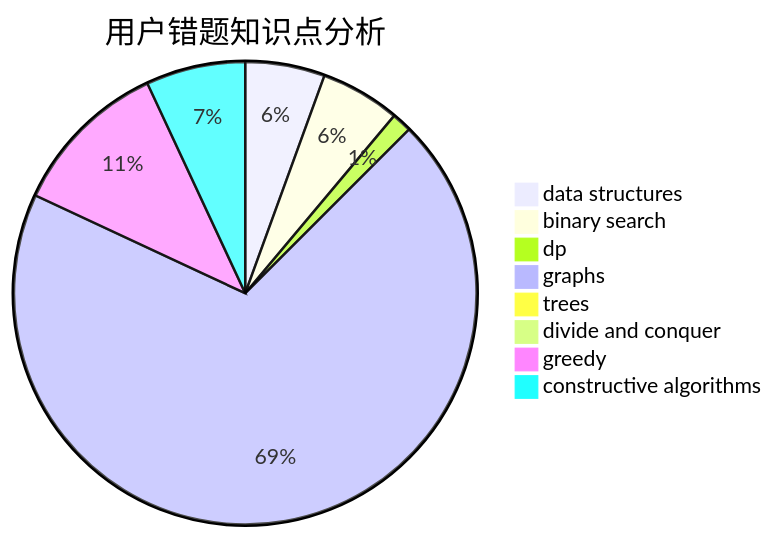
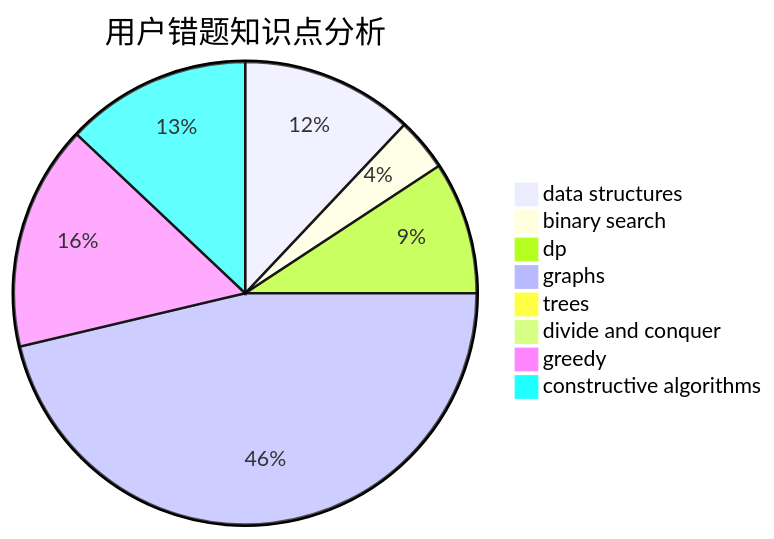
One commit to sherpahu/cfrs.github.io changed the third of 3 diagrams in docs/user/u988.md. Above: the diagram before and after it, drawn with Mermaid. The commit also changed other lines of this file and 2770 other files, not shown here.

````diff
--- a/docs/user/u988.md
+++ b/docs/user/u988.md
@@ -36,11 +36,11 @@
 ```mermaid
 pie title 用户错题知识点分析
-    "data structures" :  4
+    "data structures" :  13
     "binary search" :  4
-    "dp" :  1
+    "dp" :  10
     "graphs" :  50
     "trees" :  0
     "divide and conquer" :  0
-    "greedy" :  8
-    "constructive algorithms" :  5
+    "greedy" :  17
+    "constructive algorithms" :  14
 ```
````
